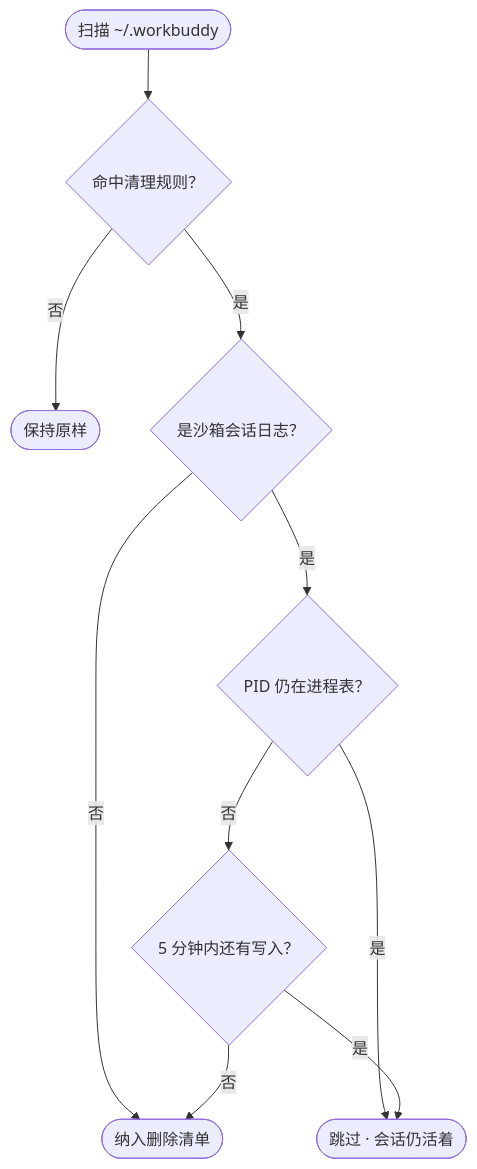
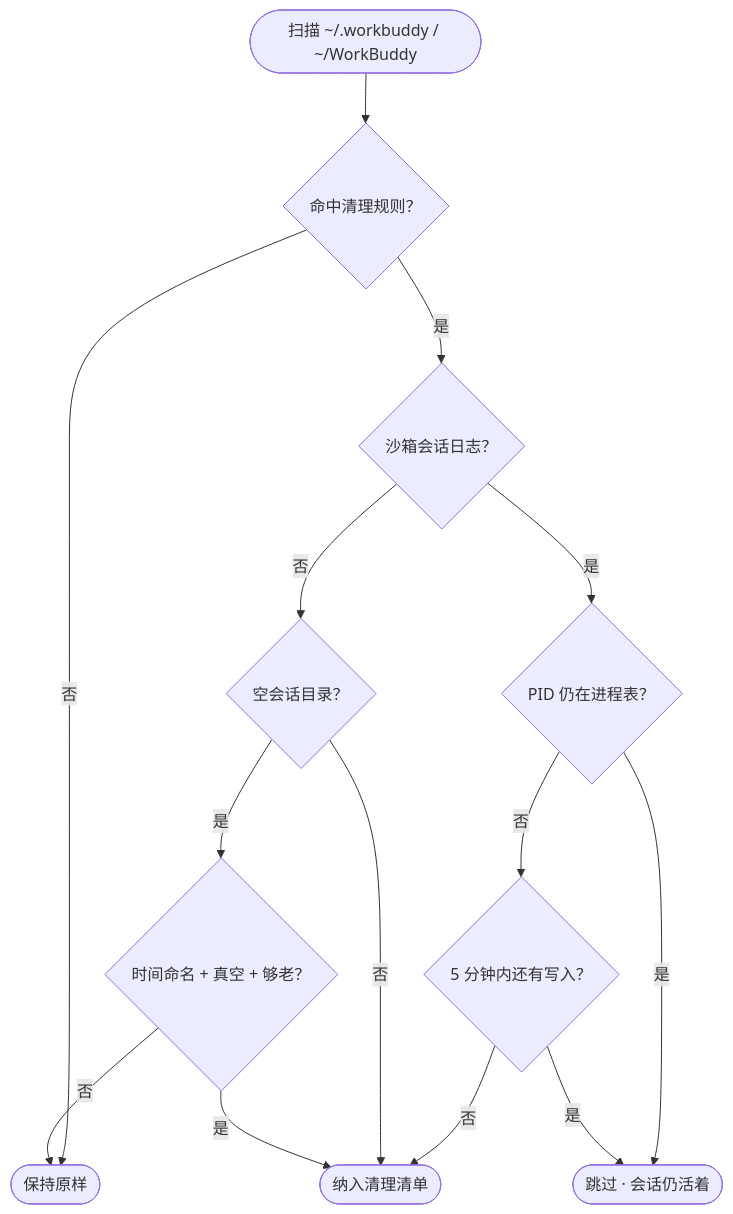
Before and after one commit to Congxiang1994/mac-sweep: the first of 2 diagrams in README.md, drawn with Mermaid. The commit also changed other lines of this file and 3 other files, not shown here.

````diff
--- a/README.md
+++ b/README.md
@@ -66,12 +71,16 @@
 ```mermaid
 flowchart TD
-    A(["扫描 ~/.workbuddy"]) --> B{"命中清理规则？"}
+    A(["扫描 ~/.workbuddy / ~/WorkBuddy"]) --> B{"命中清理规则？"}
     B -- "否" --> KEEP(["保持原样"])
-    B -- "是" --> C{"是沙箱会话日志？"}
-    C -- "否" --> DEL(["纳入删除清单"])
-    C -- "是" --> D{"PID 仍在进程表？"}
-    D -- "是" --> LIVE(["跳过 · 会话仍活着"])
-    D -- "否" --> E{"5 分钟内还有写入？"}
-    E -- "是" --> LIVE
-    E -- "否" --> DEL
+    B -- "是" --> C{"沙箱会话日志？"}
+    C -- "否" --> D{"空会话目录？"}
+    C -- "是" --> E{"PID 仍在进程表？"}
+    E -- "是" --> LIVE(["跳过 · 会话仍活着"])
+    E -- "否" --> F{"5 分钟内还有写入？"}
+    F -- "是" --> LIVE
+    F -- "否" --> DEL(["纳入清理清单"])
+    D -- "否" --> DEL
+    D -- "是" --> G{"时间命名 + 真空 + 够老？"}
+    G -- "否" --> KEEP
+    G -- "是" --> DEL
 ```
````
